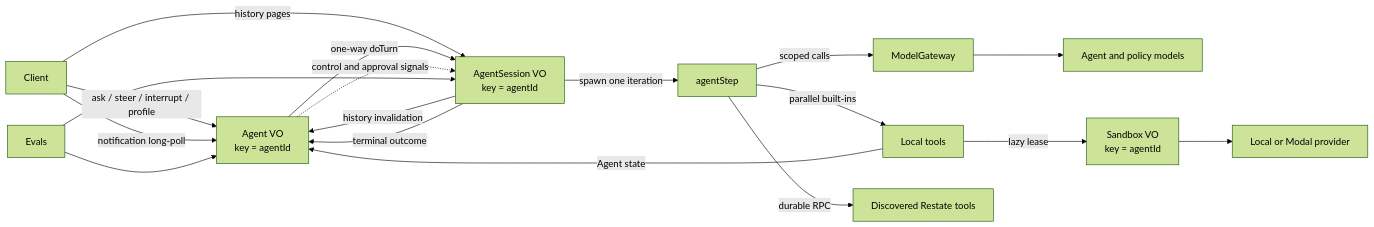
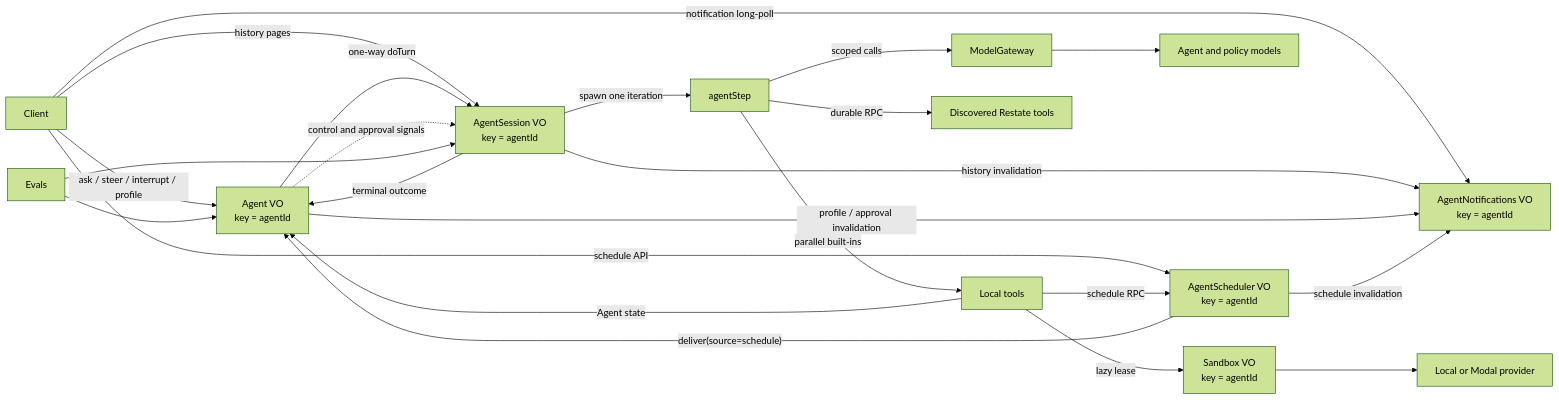
One commit to restatedev/agent changed the diagram in README.md. Above: the diagram before and after it, drawn with Mermaid (forest theme). The commit also changed other lines of this file and 28 other files, not shown here.

````diff
--- a/README.md
+++ b/README.md
@@ -78,20 +80,25 @@
 ```mermaid
 flowchart LR
   C["Client"] -->|"ask / steer / interrupt / profile"| A["Agent VO\nkey = agentId"]
   C -->|"history pages"| S["AgentSession VO\nkey = agentId"]
-  C -->|"notification long-poll"| A
+  C -->|"notification long-poll"| N["AgentNotifications VO\nkey = agentId"]
+  C -->|"schedule API"| Q["AgentScheduler VO\nkey = agentId"]
   A -->|"one-way doTurn"| S
   A -.->|"control and approval signals"| S
   S -->|"spawn one iteration"| Step["agentStep"]
   Step -->|"scoped calls"| G["ModelGateway"]
   G --> M["Agent and policy models"]
   Step -->|"parallel built-ins"| T["Local tools"]
   Step -->|"durable RPC"| D["Discovered Restate tools"]
   T -->|"Agent state"| A
+  T -->|"schedule RPC"| Q
   T -->|"lazy lease"| X["Sandbox VO\nkey = agentId"]
   X --> P["Local or Modal provider"]
-  S -->|"history invalidation"| A
+  S -->|"history invalidation"| N
+  A -->|"profile / approval invalidation"| N
+  Q -->|"schedule invalidation"| N
+  Q -->|"deliver(source=schedule)"| A
   S -->|"terminal outcome"| A
   E["Evals"] --> A
   E --> S
 ```
````
